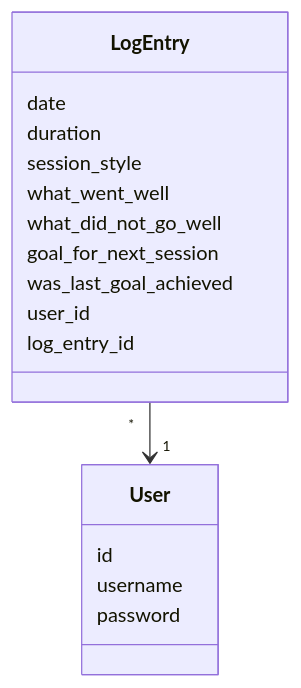
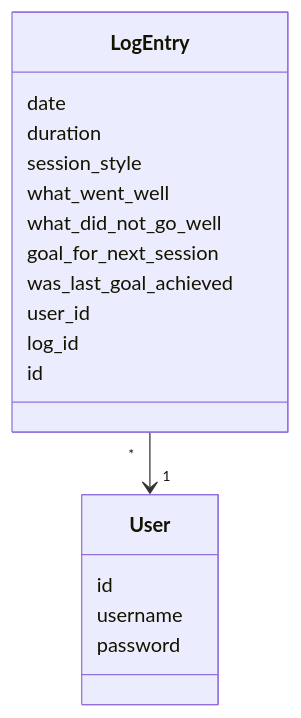
Before and after one commit to jooniku/ohjelmistotekniikka_23: the first of 4 diagrams in training_log_app/documentation/architecture.md, drawn with Mermaid.

````diff
--- a/training_log_app/documentation/architecture.md
+++ b/training_log_app/documentation/architecture.md
@@ -27,22 +27,23 @@
 ```mermaid
 classDiagram
     LogEntry "*" --> "1" User
     
     class User {
       id
       username
       password
     }
     
     class LogEntry {
       date
       duration
       session_style
       what_went_well
       what_did_not_go_well
       goal_for_next_session
       was_last_goal_achieved
       user_id
-      log_entry_id
+      log_id
+      id
     }
 ```
````
